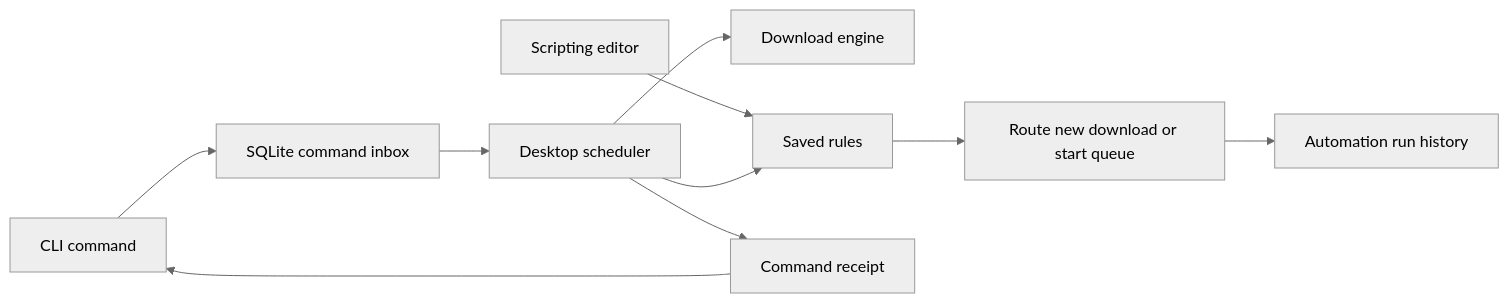
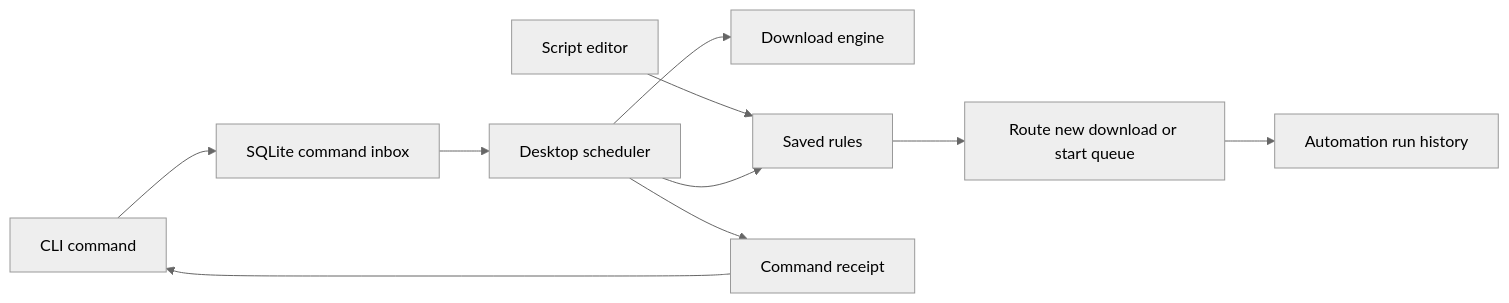
One commit to JasXTD/Download-Engine changed the diagram in docs/automation.md. Above: the diagram before and after it, drawn with Mermaid (neutral theme). The commit also changed other lines of this file and 106 other files, not shown here.

````diff
--- a/docs/automation.md
+++ b/docs/automation.md
@@ -237,12 +237,12 @@
 ```mermaid
 flowchart LR
     CLI[CLI command] --> Inbox[SQLite command inbox]
     Inbox --> Scheduler[Desktop scheduler]
     Scheduler --> Download[Download engine]
-    UI[Scripting editor] --> Rules[Saved rules]
+    UI[Script editor] --> Rules[Saved rules]
     Scheduler --> Rules
     Rules --> Routing[Route new download or start queue]
     Routing --> History[Automation run history]
     Scheduler --> Receipt[Command receipt]
     Receipt --> CLI
 ```
````
